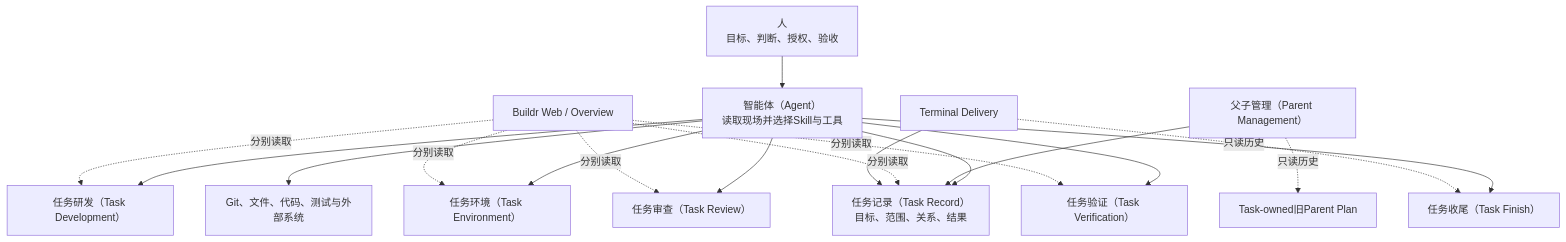
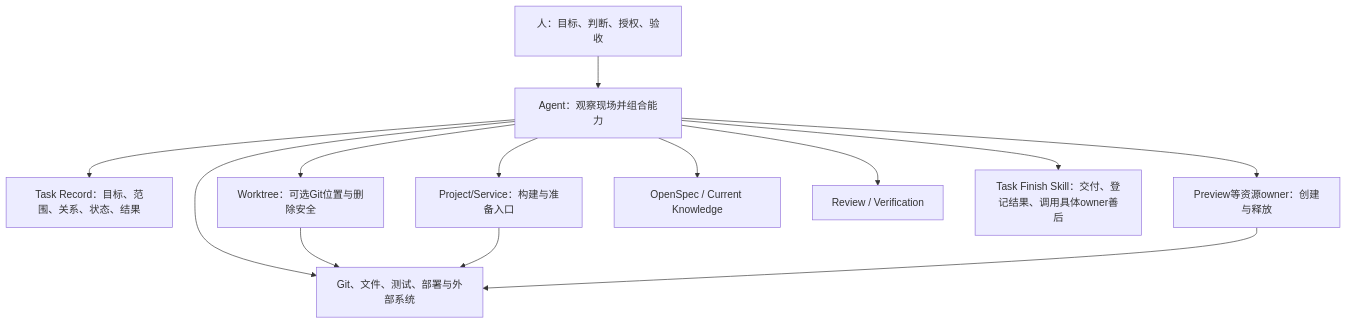
One commit to BuildrAI/Buildr changed the diagram in projects/product/docs/roadmap/task-system-dependency-audit.md. Above: the diagram before and after it, drawn with Mermaid. The commit also changed other lines of this file and 157 other files, not shown here.

````diff
--- a/projects/product/docs/roadmap/task-system-dependency-audit.md
+++ b/projects/product/docs/roadmap/task-system-dependency-audit.md
@@ -28,20 +9,15 @@
 ```mermaid
 flowchart TB
-  H["人<br/>目标、判断、授权、验收"] --> A["智能体（Agent）<br/>读取现场并选择Skill与工具"]
-  A --> R["任务记录（Task Record）<br/>目标、范围、关系、结果"]
-  A --> E["任务环境（Task Environment）"]
-  A --> D["任务研发（Task Development）"]
-  A --> V["任务审查（Task Review）"]
-  A --> Q["任务验证（Task Verification）"]
-  A --> F["任务收尾（Task Finish）"]
-  A --> G["Git、文件、代码、测试与外部系统"]
-  P["父子管理（Parent Management）"] --> R
-  P -.只读历史.-> L["Task-owned旧Parent Plan"]
-  O["Buildr Web / Overview"] -.分别读取.-> R
-  O -.分别读取.-> D
-  O -.分别读取.-> V
-  O -.分别读取.-> Q
-  O -.分别读取.-> E
-  T["Terminal Delivery"] --> R
-  T -.只读历史.-> F
+  H["人：目标、判断、授权、验收"] --> A["Agent：观察现场并组合能力"]
+  A --> R["Task Record：目标、范围、关系、状态、结果"]
+  A --> W["Worktree：可选Git位置与删除安全"]
+  A --> P["Project/Service：构建与准备入口"]
+  A --> V["Preview等资源owner：创建与释放"]
+  A --> O["OpenSpec / Current Knowledge"]
+  A --> Q["Review / Verification"]
+  A --> G["Git、文件、测试、部署与外部系统"]
+  A --> F["Task Finish Skill：交付、登记结果、调用具体owner善后"]
+  W --> G
+  P --> G
+  V --> G
 ```
````
